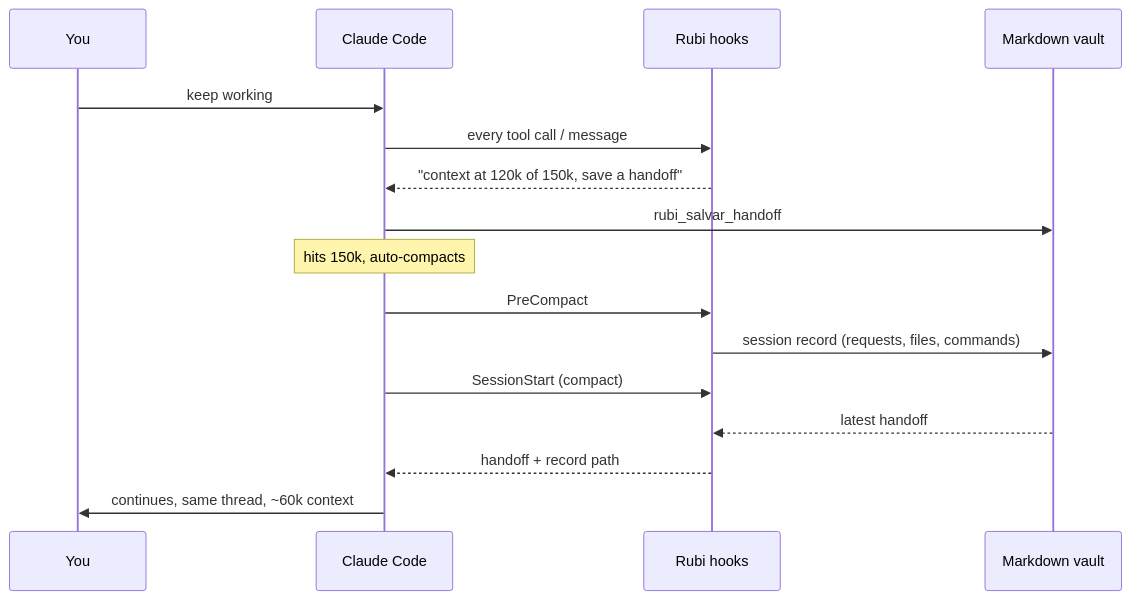
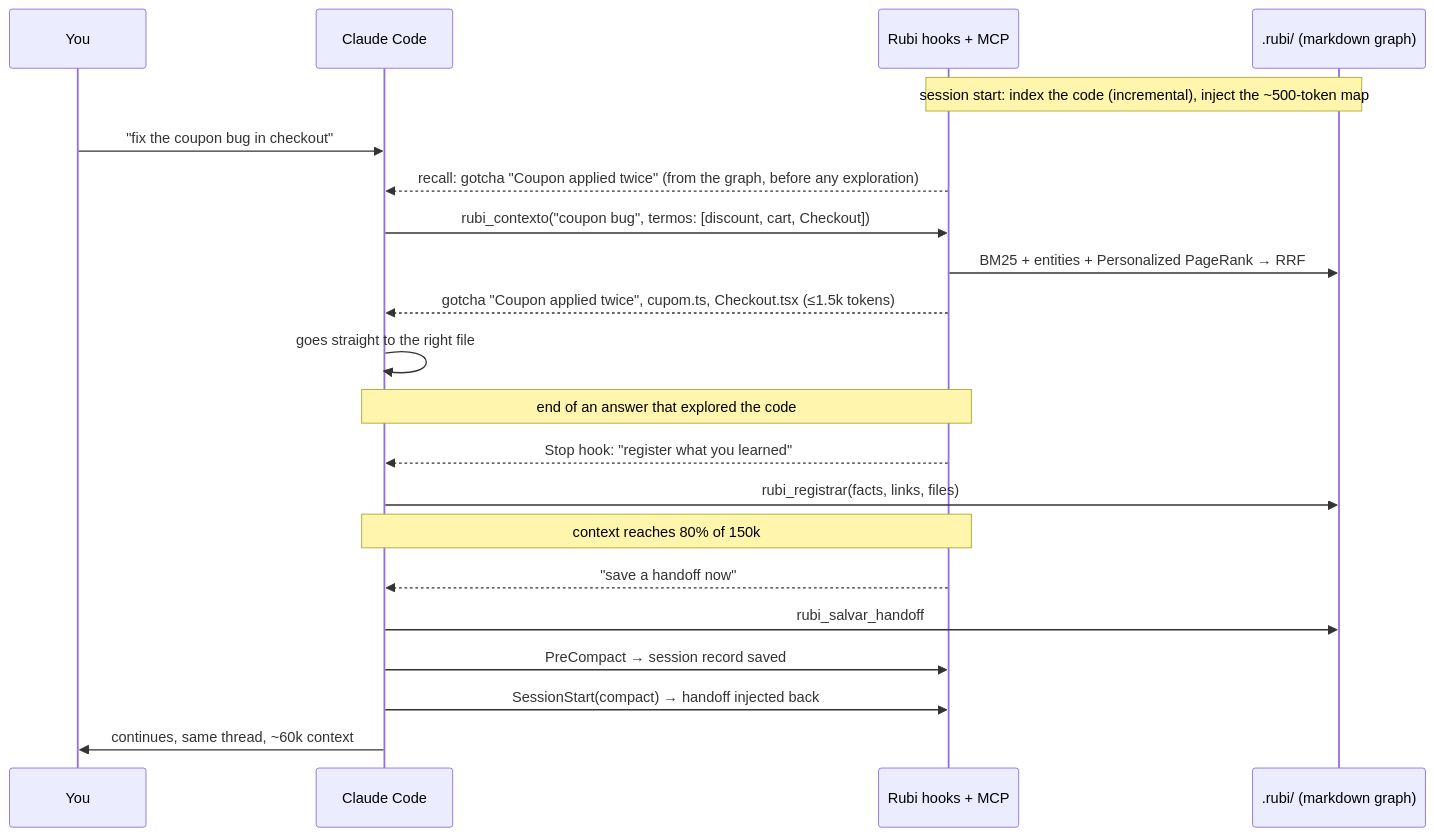
Before and after one commit to YURIBEDRAN/rubi: the diagram in README.md, drawn with Mermaid. The commit also changed other lines of this file and 131 other files, not shown here.

First line of the commit message:
Rubi 0.3.0: knowledge graph, code map and a measured benchmark

````diff
--- a/README.md
+++ b/README.md
@@ -62,18 +216,23 @@
 ```mermaid
 sequenceDiagram
     participant You
     participant Claude as Claude Code
-    participant Rubi as Rubi hooks
-    participant Vault as Markdown vault
-    You->>Claude: keep working
-    Claude->>Rubi: every tool call / message
-    Rubi-->>Claude: "context at 120k of 150k, save a handoff"
-    Claude->>Vault: rubi_salvar_handoff
-    Note over Claude: hits 150k, auto-compacts
-    Claude->>Rubi: PreCompact
-    Rubi->>Vault: session record (requests, files, commands)
-    Claude->>Rubi: SessionStart (compact)
-    Vault-->>Rubi: latest handoff
-    Rubi-->>Claude: handoff + record path
+    participant Rubi as Rubi hooks + MCP
+    participant Mem as .rubi/ (markdown graph)
+    Note over Rubi,Mem: session start: index the code (incremental), inject the ~500-token map
+    You->>Claude: "fix the coupon bug in checkout"
+    Rubi-->>Claude: recall: gotcha "Coupon applied twice" (from the graph, before any exploration)
+    Claude->>Rubi: rubi_contexto("coupon bug", termos: [discount, cart, Checkout])
+    Rubi->>Mem: BM25 + entities + Personalized PageRank → RRF
+    Rubi-->>Claude: gotcha "Coupon applied twice", cupom.ts, Checkout.tsx (≤1.5k tokens)
+    Claude->>Claude: goes straight to the right file
+    Note over Claude,Rubi: end of an answer that explored the code
+    Rubi-->>Claude: Stop hook: "register what you learned"
+    Claude->>Mem: rubi_registrar(facts, links, files)
+    Note over Claude,Rubi: context reaches 80% of 150k
+    Rubi-->>Claude: "save a handoff now"
+    Claude->>Mem: rubi_salvar_handoff
+    Claude->>Rubi: PreCompact → session record saved
+    Claude->>Rubi: SessionStart(compact) → handoff injected back
     Claude->>You: continues, same thread, ~60k context
 ```
````
